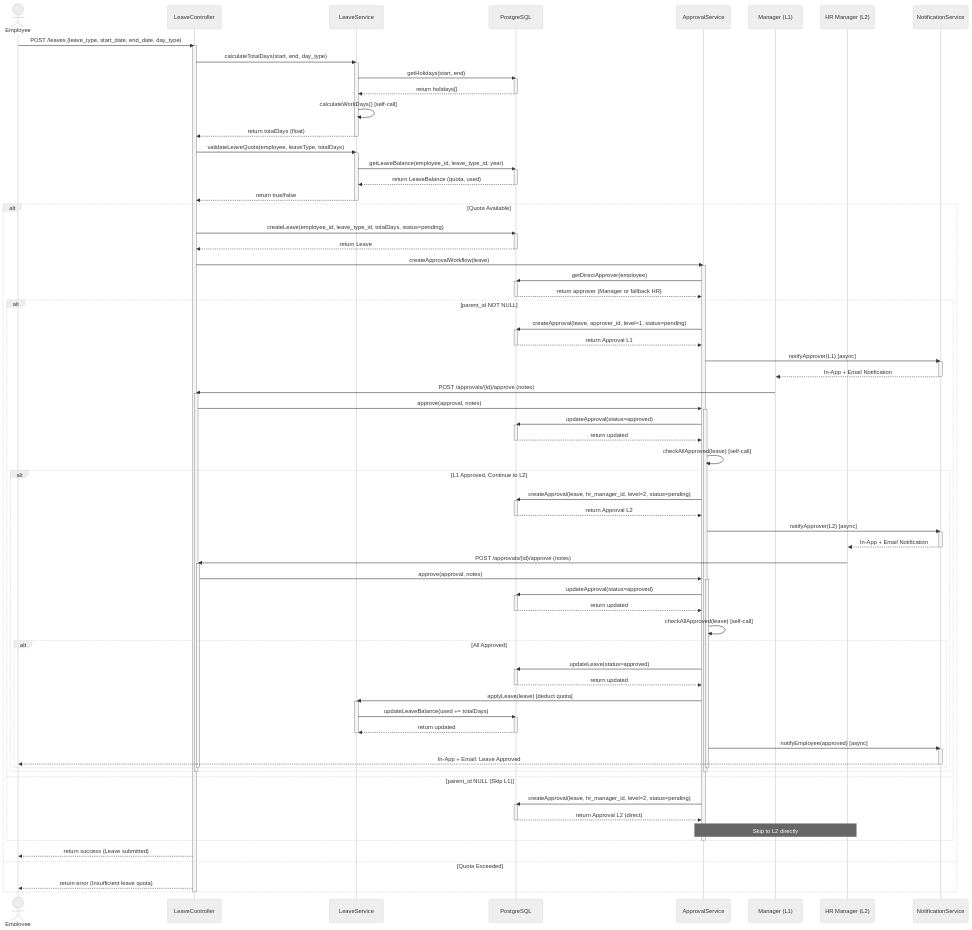
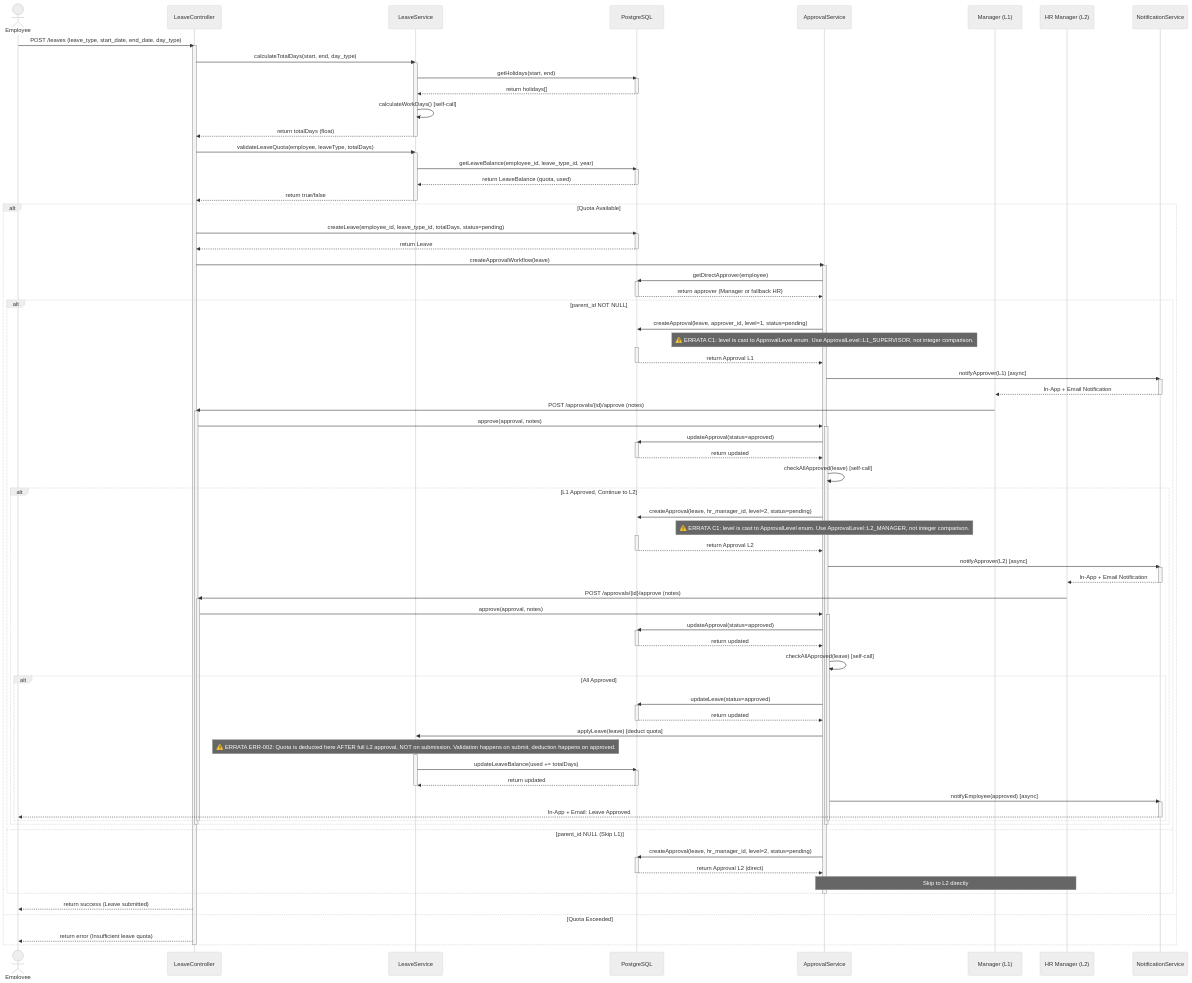
One commit to Merger2/hrconnect changed the second of 5 diagrams in docs/architecture/sequence-diagrams.md. Above: the diagram before and after it, drawn with Mermaid (neutral theme). The commit also changed other lines of this file and 14 other files, not shown here.

```diff
--- a/docs/architecture/sequence-diagrams.md
+++ b/docs/architecture/sequence-diagrams.md
@@ -151,6 +163,7 @@
         
         alt parent_id NOT NULL
             AS->>DB: createApproval(leave, approver_id, level=1, status=pending)
+            Note over AS: ⚠️ ERRATA C1: level is cast to ApprovalLevel enum. Use ApprovalLevel::L1_SUPERVISOR, not integer comparison.
             activate DB
             DB-->>AS: return Approval L1
             deactivate DB
@@ -171,7 +184,8 @@
             
             AS->>AS: checkAllApproved(leave) [self-call]
             alt L1 Approved, Continue to L2
-                AS->>DB: createApproval(leave, hr_manager_id, level=2, status=pending)
+AS->>DB: createApproval(leave, hr_manager_id, level=2, status=pending)
+                Note over AS: ⚠️ ERRATA C1: level is cast to ApprovalLevel enum. Use ApprovalLevel::L2_MANAGER, not integer comparison.
                 activate DB
                 DB-->>AS: return Approval L2
                 deactivate DB
@@ -197,6 +211,7 @@
                     DB-->>AS: return updated
                     deactivate DB
                     AS->>LS: applyLeave(leave) [deduct quota]
+                    Note over LS: ⚠️ ERRATA ERR-002: Quota is deducted here AFTER full L2 approval, NOT on submission. Validation happens on submit, deduction happens on approved.
                     activate LS
                     LS->>DB: updateLeaveBalance(used += totalDays)
                     activate DB
```
